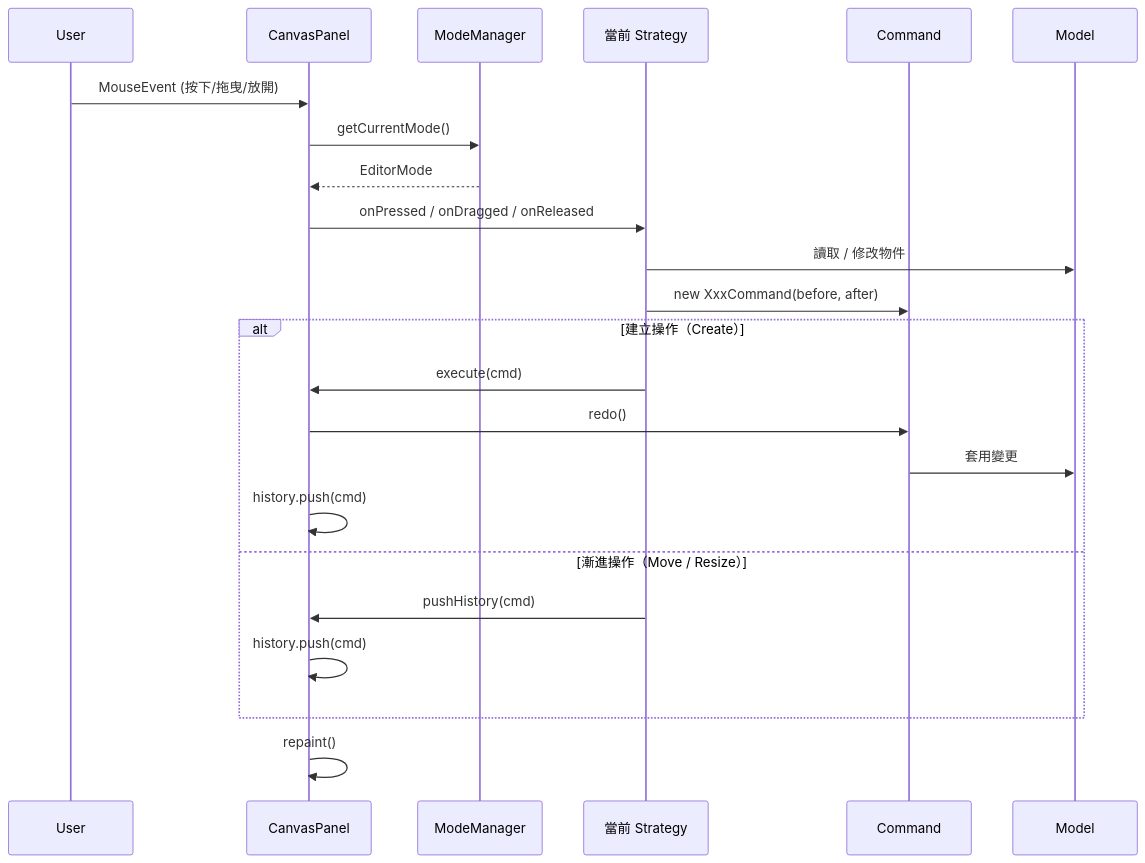
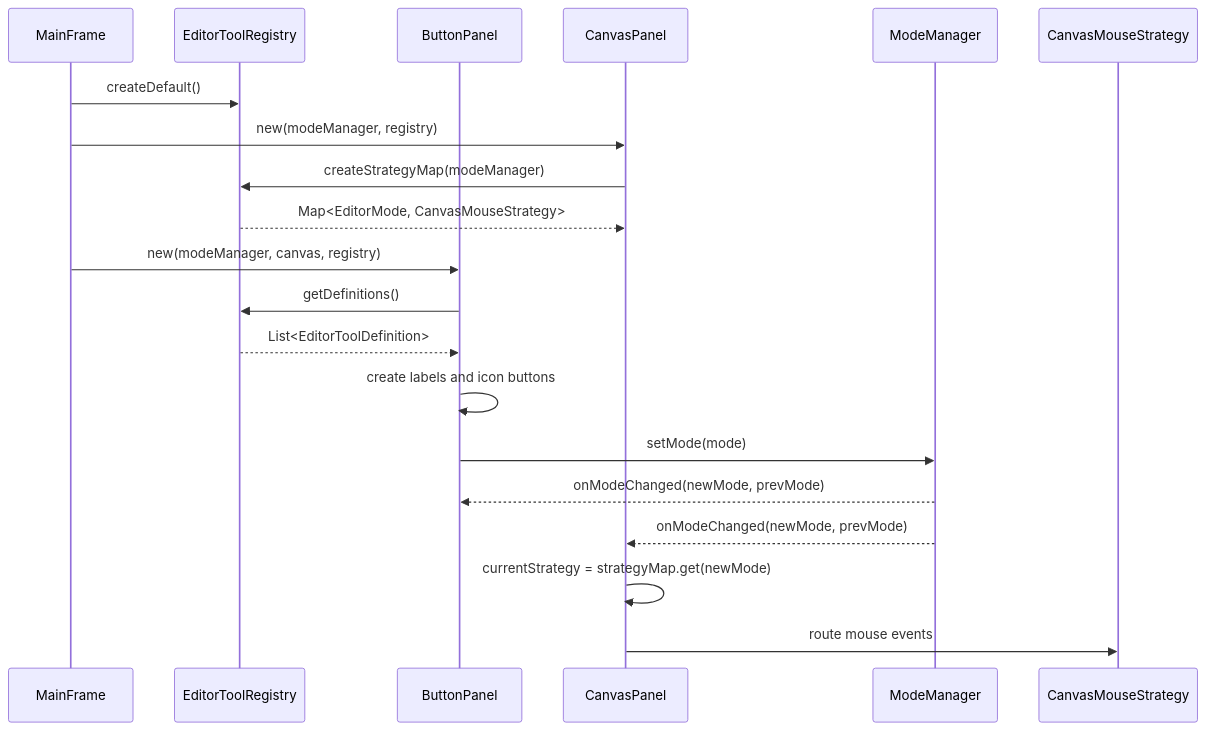
The third of 10 diagrams in ARCHITECTURE.md (HsuChen88/UML-demo), drawn with Mermaid before and after one commit. The commit also changed other lines of this file and 4 other files, not shown here.

Commit message:
docs: update md and diagrams

````diff
--- a/ARCHITECTURE.md
+++ b/ARCHITECTURE.md
@@ -356,26 +255,24 @@
 ```mermaid
 sequenceDiagram
-    participant User
-    participant CanvasPanel
-    participant ModeManager
-    participant Strategy as 當前 Strategy
-    participant Command
-    participant Model
+    participant MF as MainFrame
+    participant Registry as EditorToolRegistry
+    participant BP as ButtonPanel
+    participant CP as CanvasPanel
+    participant MM as ModeManager
+    participant Strategy as CanvasMouseStrategy
 
-    User->>CanvasPanel: MouseEvent (按下/拖曳/放開)
-    CanvasPanel->>ModeManager: getCurrentMode()
-    ModeManager-->>CanvasPanel: EditorMode
-    CanvasPanel->>Strategy: onPressed / onDragged / onReleased
-    Strategy->>Model: 讀取 / 修改物件
-    Strategy->>Command: new XxxCommand(before, after)
-    alt 建立操作（Create）
-        Strategy->>CanvasPanel: execute(cmd)
-        CanvasPanel->>Command: redo()
-        Command->>Model: 套用變更
-        CanvasPanel->>CanvasPanel: history.push(cmd)
-    else 漸進操作（Move / Resize）
-        Strategy->>CanvasPanel: pushHistory(cmd)
-        CanvasPanel->>CanvasPanel: history.push(cmd)
-    end
-    CanvasPanel->>CanvasPanel: repaint()
+    MF->>Registry: createDefault()
+    MF->>CP: new(modeManager, registry)
+    CP->>Registry: createStrategyMap(modeManager)
+    Registry-->>CP: Map<EditorMode, CanvasMouseStrategy>
+    MF->>BP: new(modeManager, canvas, registry)
+    BP->>Registry: getDefinitions()
+    Registry-->>BP: List<EditorToolDefinition>
+    BP->>BP: create labels and icon buttons
+
+    BP->>MM: setMode(mode)
+    MM-->>BP: onModeChanged(newMode, prevMode)
+    MM-->>CP: onModeChanged(newMode, prevMode)
+    CP->>CP: currentStrategy = strategyMap.get(newMode)
+    CP->>Strategy: route mouse events
 ```
````
